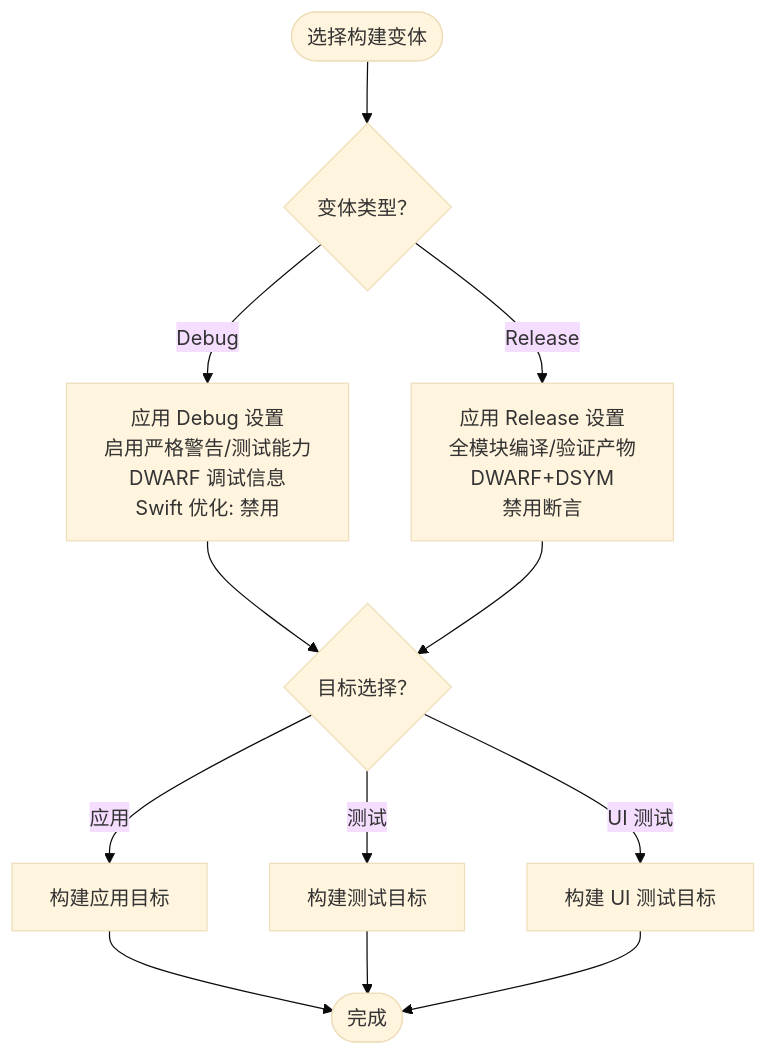
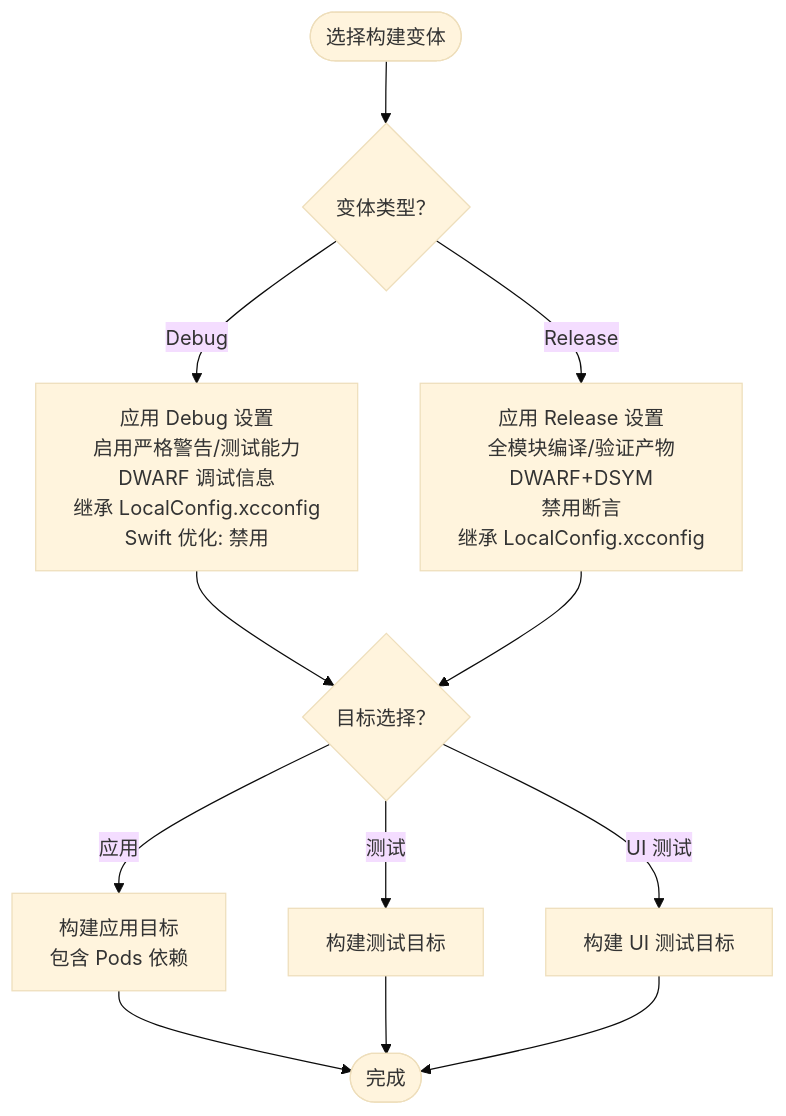
One commit to Jayden23018/blind-run-ios changed the third of 4 diagrams in .qoder/repowiki/zh/content/配置与部署/构建配置.md. Above: the diagram before and after it, drawn with Mermaid (base theme). The commit also changed other lines of this file and 55 other files, not shown here.

````diff
--- a/.qoder/repowiki/zh/content/配置与部署/构建配置.md
+++ b/.qoder/repowiki/zh/content/配置与部署/构建配置.md
@@ -126,14 +165,14 @@
 ```mermaid
 flowchart TD
 Start(["选择构建变体"]) --> Choose{"变体类型？"}
-Choose --> |Debug| DebugCfg["应用 Debug 设置<br/>启用严格警告/测试能力<br/>DWARF 调试信息<br/>Swift 优化: 禁用"]
-Choose --> |Release| ReleaseCfg["应用 Release 设置<br/>全模块编译/验证产物<br/>DWARF+DSYM<br/>禁用断言"]
+Choose --> |Debug| DebugCfg["应用 Debug 设置<br/>启用严格警告/测试能力<br/>DWARF 调试信息<br/>继承 LocalConfig.xcconfig<br/>Swift 优化: 禁用"]
+Choose --> |Release| ReleaseCfg["应用 Release 设置<br/>全模块编译/验证产物<br/>DWARF+DSYM<br/>禁用断言<br/>继承 LocalConfig.xcconfig"]
 DebugCfg --> TargetSel{"目标选择？"}
 ReleaseCfg --> TargetSel
-TargetSel --> |应用| AppBuild["构建应用目标"]
+TargetSel --> |应用| AppBuild["构建应用目标<br/>包含 Pods 依赖"]
 TargetSel --> |测试| TestBuild["构建测试目标"]
 TargetSel --> |UI 测试| UITestBuild["构建 UI 测试目标"]
 AppBuild --> End(["完成"])
 TestBuild --> End
 UITestBuild --> End
 ```
````
